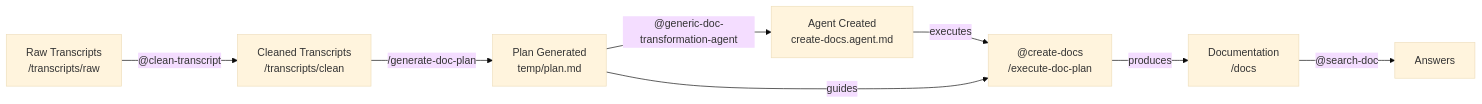
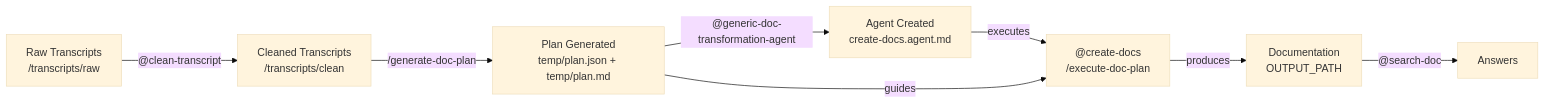
The diagram in README.md (BBoyBen/transcript-to-documentation), drawn with Mermaid (base theme) before and after one commit. The commit also changed other lines of this file and 1 other file, not shown here.

````diff
--- a/README.md
+++ b/README.md
@@ -247,10 +247,10 @@
 ```mermaid
 graph LR
     A["Raw Transcripts<br/>/transcripts/raw"] -->|"@clean-transcript"| B["Cleaned Transcripts<br/>/transcripts/clean"]
-    B -->|"/generate-doc-plan"| D["Plan Generated<br/>temp/plan.md"]
+  B -->|"/generate-doc-plan"| D["Plan Generated<br/>temp/plan.json + temp/plan.md"]
     D -->|"@generic-doc-transformation-agent"| C["Agent Created<br/>create-docs.agent.md"]
     C -->|"executes"| E["@create-docs<br/>/execute-doc-plan"]
     D -->|"guides"| E
-    E -->|"produces"| F["Documentation<br/>/docs"]
+  E -->|"produces"| F["Documentation<br/>OUTPUT_PATH"]
     F -->|"@search-doc"| G["Answers"]
 ```
````
